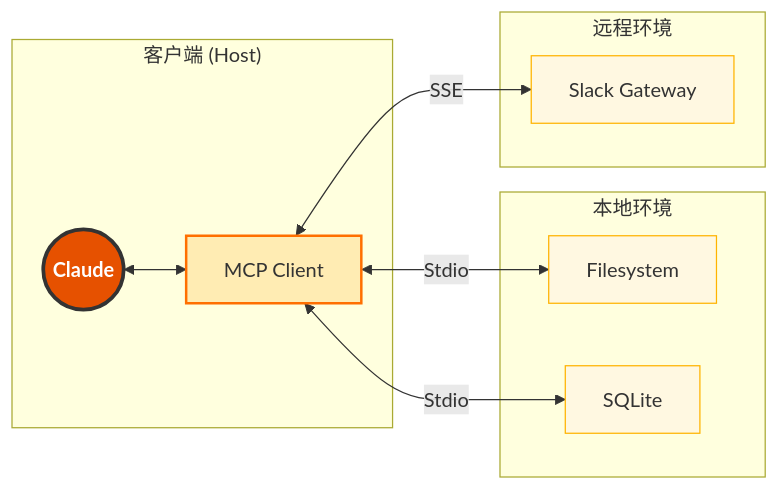
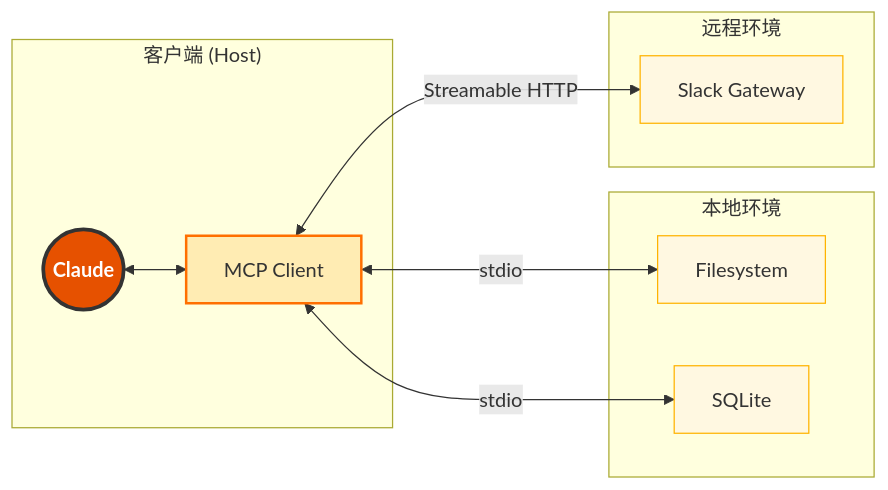
The diagram in 04_mcp/4.2_architecture.md (yeasy/claude_guide), drawn with Mermaid before and after one commit. The commit also changed other lines of this file and 7 other files, not shown here.

````diff
--- a/04_mcp/4.2_architecture.md
+++ b/04_mcp/4.2_architecture.md
@@ -9,20 +9,19 @@
 ```mermaid
 graph LR
-    %% Styles
     classDef core fill:#E65100,stroke:#333,stroke-width:3px,color:white,font-weight:bold;
     classDef branch fill:#FFECB3,stroke:#FF6F00,stroke-width:2px,color:#333;
     classDef node fill:#FFF8E1,stroke:#FFB300,stroke-width:1px,color:#333;
 
     subgraph HostApp["客户端 (Host)"]
         AI(("Claude")):::core <--> ClientLogic["MCP Client"]:::branch
     end
-    
+
     subgraph LocalEnv["本地环境"]
-        ClientLogic <-->|"Stdio"| S1["Filesystem"]:::node
-        ClientLogic <-->|"Stdio"| S2["SQLite"]:::node
+        ClientLogic <-->|"stdio"| S1["Filesystem"]:::node
+        ClientLogic <-->|"stdio"| S2["SQLite"]:::node
     end
-    
+
     subgraph RemoteEnv["远程环境"]
-        ClientLogic <-->|"SSE"| S3["Slack Gateway"]:::node
+        ClientLogic <-->|"Streamable HTTP"| S3["Slack Gateway"]:::node
     end
 ```
````
